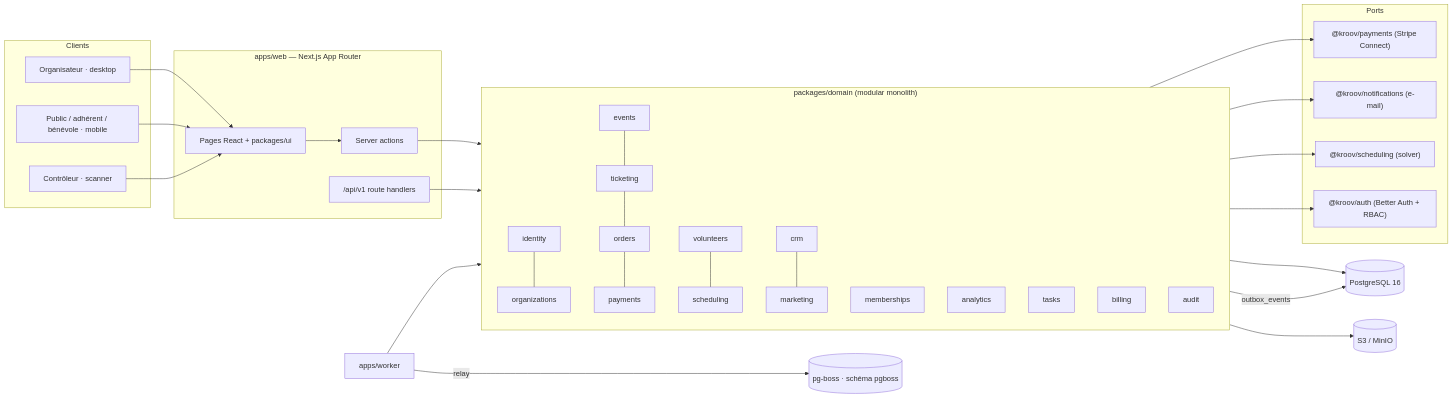
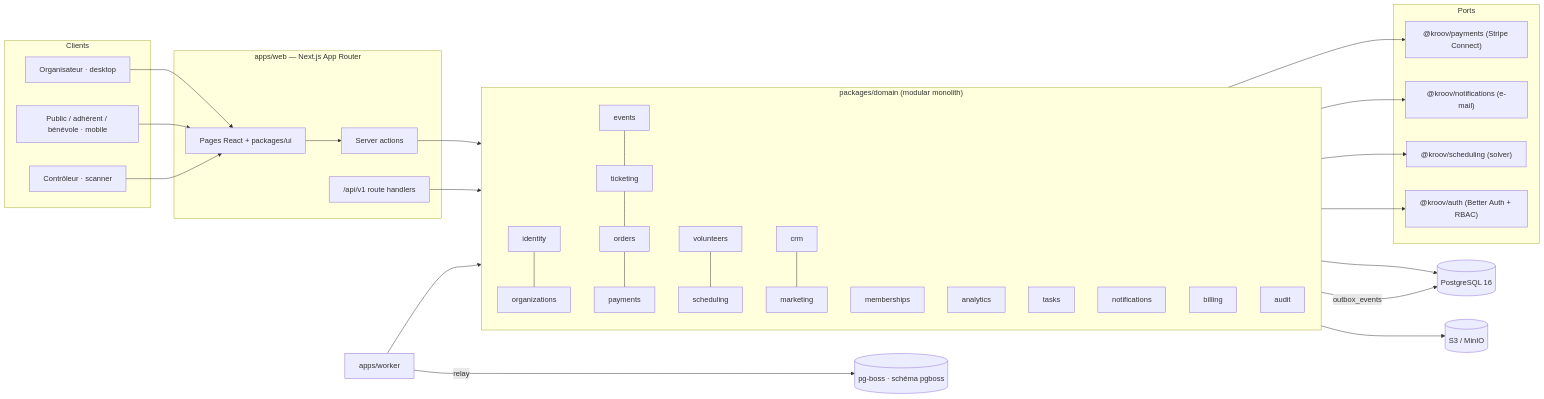
One commit to ske-media/ByeByeAsso changed the diagram in docs/architecture.md. Above: the diagram before and after it, drawn with Mermaid. The commit also changed other lines of this file and 65 other files, not shown here.

````diff
--- a/docs/architecture.md
+++ b/docs/architecture.md
@@ -9,43 +9,44 @@
 ```mermaid
 flowchart LR
   subgraph Clients
     O[Organisateur · desktop]
     P[Public / adhérent / bénévole · mobile]
     S[Contrôleur · scanner]
   end
   subgraph apps/web ["apps/web — Next.js App Router"]
     UI[Pages React + packages/ui]
     API["/api/v1 route handlers"]
     SA[Server actions]
   end
   subgraph Domain ["packages/domain (modular monolith)"]
     ID[identity] --- ORG[organizations]
     EV[events] --- TK[ticketing] --- ORD[orders] --- PAY[payments]
     MB[memberships]
     VOL[volunteers] --- SCH[scheduling]
     CRM[crm] --- MK[marketing]
     AN[analytics]
     TS[tasks]
+    NT[notifications]
     BL[billing]
     AU[audit]
   end
   subgraph Ports
     PP["@kroov/payments (Stripe Connect)"]
     NP["@kroov/notifications (e-mail)"]
     SP["@kroov/scheduling (solver)"]
     AUTH["@kroov/auth (Better Auth + RBAC)"]
   end
   DB[(PostgreSQL 16)]
   Q[(pg-boss · schéma pgboss)]
   W["apps/worker"]
   S3[(S3 / MinIO)]
   O & P & S --> UI
   UI --> SA --> Domain
   API --> Domain
   Domain --> DB
   Domain -- outbox_events --> DB
   W -- relay --> Q
   W --> Domain
   Domain --> PP & NP & SP & AUTH
   Domain --> S3
 ```
````
